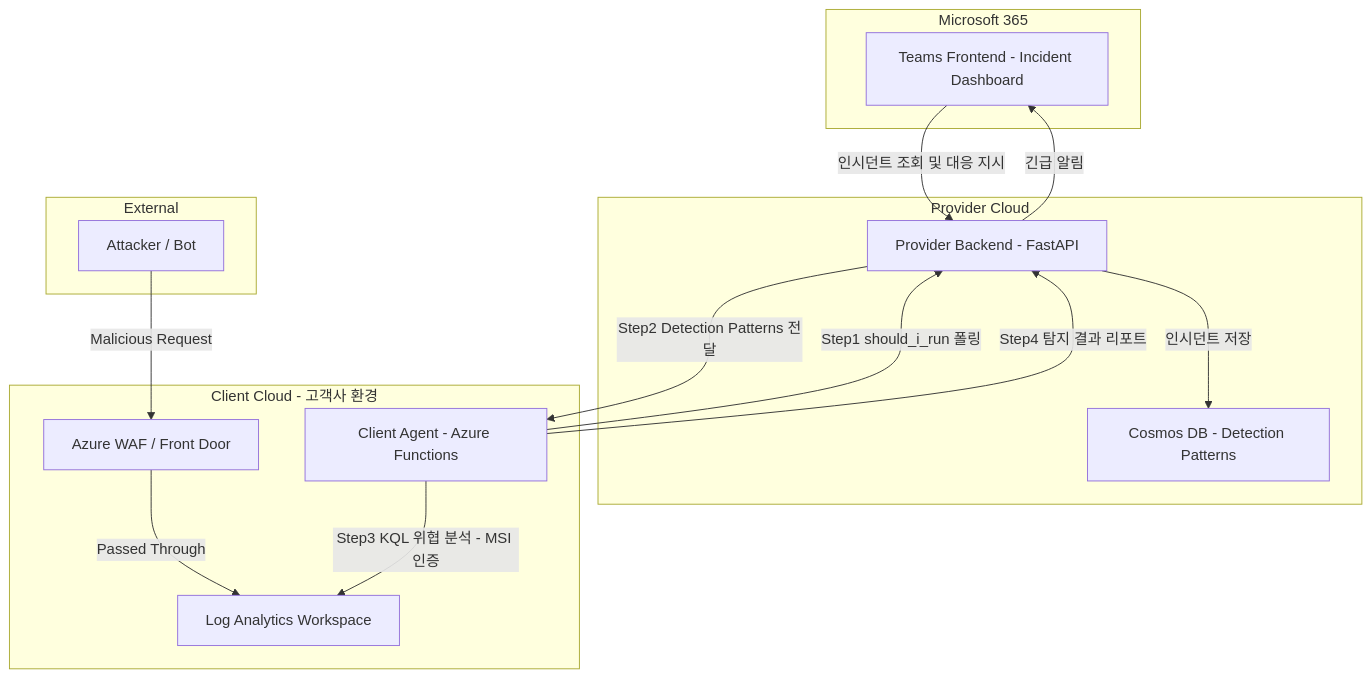
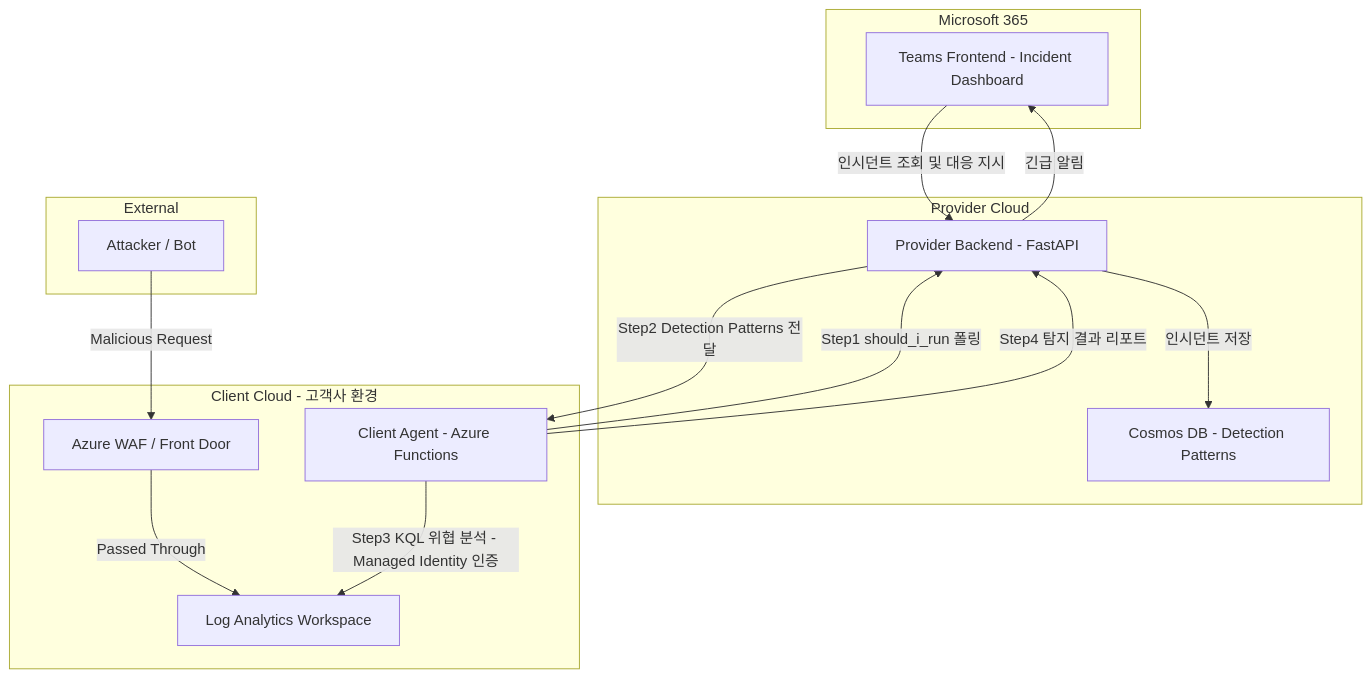
Before and after one commit to chjcmy/study: diagram 11 of 30 in azure/projects/log-doctor-plan.md, drawn with Mermaid. The commit also changed other lines of this file and 2 other files, not shown here.

````diff
--- a/azure/projects/log-doctor-plan.md
+++ b/azure/projects/log-doctor-plan.md
@@ -461,33 +461,33 @@
 ```mermaid
 graph TB
     subgraph Microsoft 365
         Teams["Teams Frontend - Incident Dashboard"]
     end
 
     subgraph Provider Cloud
         PB["Provider Backend - FastAPI"]
         CosmosDB["Cosmos DB - Detection Patterns"]
     end
 
     subgraph Client Cloud - 고객사 환경
         Agent["Client Agent - Azure Functions"]
         LAW["Log Analytics Workspace"]
         WAF["Azure WAF / Front Door"]
     end
 
     subgraph External
         Attacker["Attacker / Bot"]
     end
 
     Attacker -->|Malicious Request| WAF
     WAF -->|Passed Through| LAW
 
     Agent -->|Step1 should_i_run 폴링| PB
     PB -->|Step2 Detection Patterns 전달| Agent
-    Agent -->|Step3 KQL 위협 분석 - MSI 인증| LAW
+    Agent -->|Step3 KQL 위협 분석 - Managed Identity 인증| LAW
     Agent -->|Step4 탐지 결과 리포트| PB
 
     PB -->|인시던트 저장| CosmosDB
     PB -->|긴급 알림| Teams
     Teams -->|인시던트 조회 및 대응 지시| PB
 ```
````
